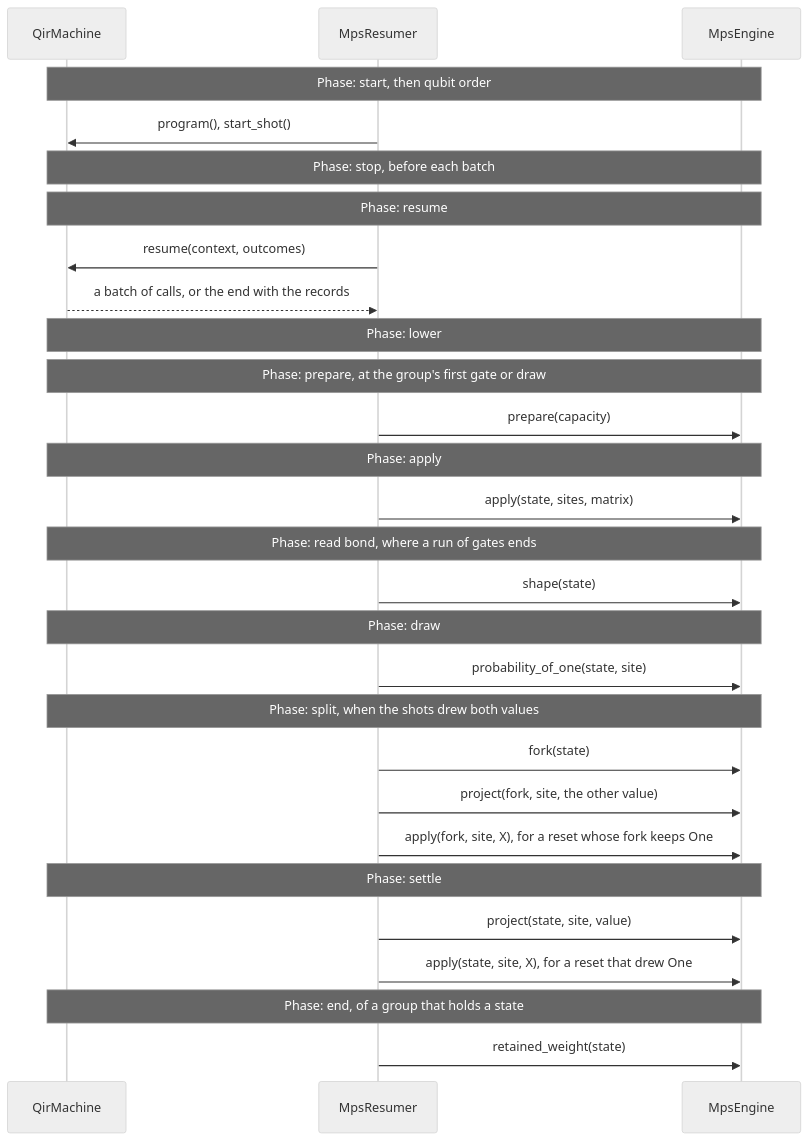
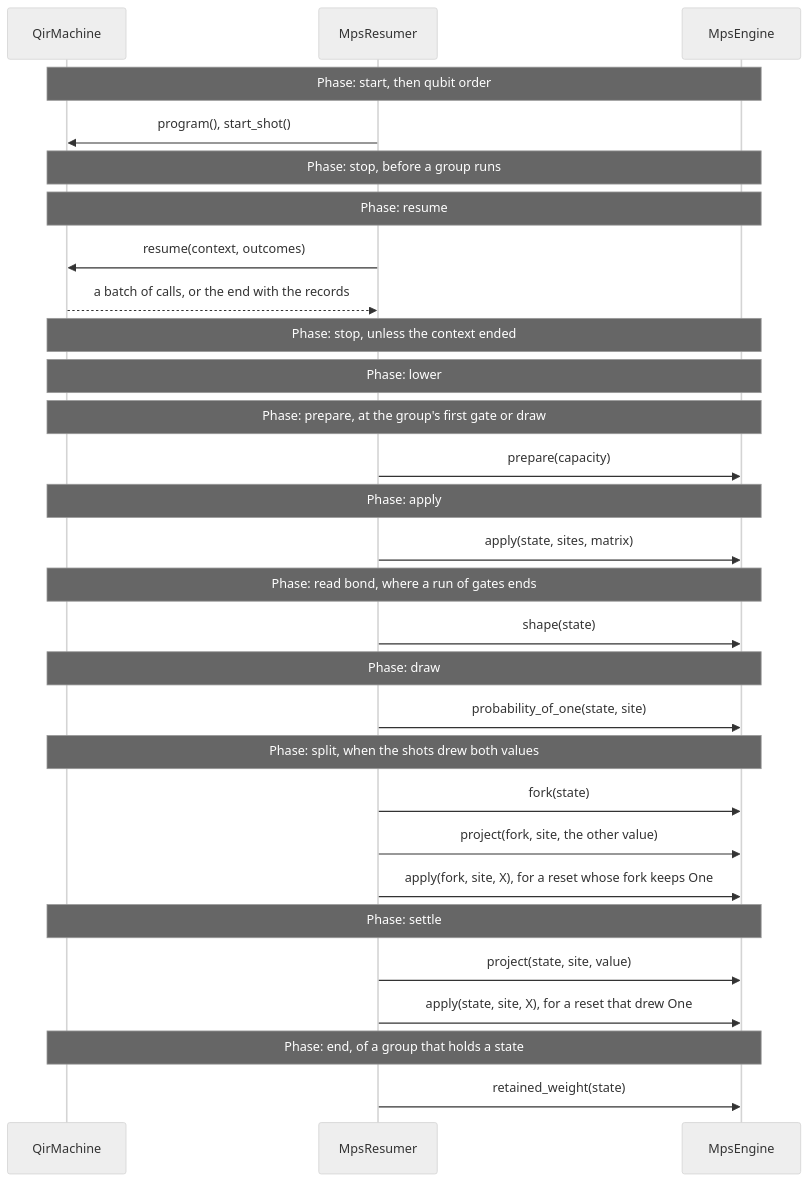
One commit to microsoft/qdk changed the diagram in source/simulators/src/mps_simulator/design.md. Above: the diagram before and after it, drawn with Mermaid (neutral theme). The commit also changed other lines of this file and 4 other files, not shown here.

First line of the commit message:
MPS method: a stop flag set during a batch stops the run before the next batch

````diff
--- a/source/simulators/src/mps_simulator/design.md
+++ b/source/simulators/src/mps_simulator/design.md
@@ -93,30 +95,31 @@
 ```mermaid
 sequenceDiagram
   participant M as QirMachine
   participant R as MpsResumer
   participant E as MpsEngine
   Note over M,E: Phase: start, then qubit order
   R->>M: program(), start_shot()
-  Note over M,E: Phase: stop, before each batch
+  Note over M,E: Phase: stop, before a group runs
   Note over M,E: Phase: resume
   R->>M: resume(context, outcomes)
   M-->>R: a batch of calls, or the end with the records
+  Note over M,E: Phase: stop, unless the context ended
   Note over M,E: Phase: lower
   Note over M,E: Phase: prepare, at the group's first gate or draw
   R->>E: prepare(capacity)
   Note over M,E: Phase: apply
   R->>E: apply(state, sites, matrix)
   Note over M,E: Phase: read bond, where a run of gates ends
   R->>E: shape(state)
   Note over M,E: Phase: draw
   R->>E: probability_of_one(state, site)
   Note over M,E: Phase: split, when the shots drew both values
   R->>E: fork(state)
   R->>E: project(fork, site, the other value)
   R->>E: apply(fork, site, X), for a reset whose fork keeps One
   Note over M,E: Phase: settle
   R->>E: project(state, site, value)
   R->>E: apply(state, site, X), for a reset that drew One
   Note over M,E: Phase: end, of a group that holds a state
   R->>E: retained_weight(state)
 ```
````
